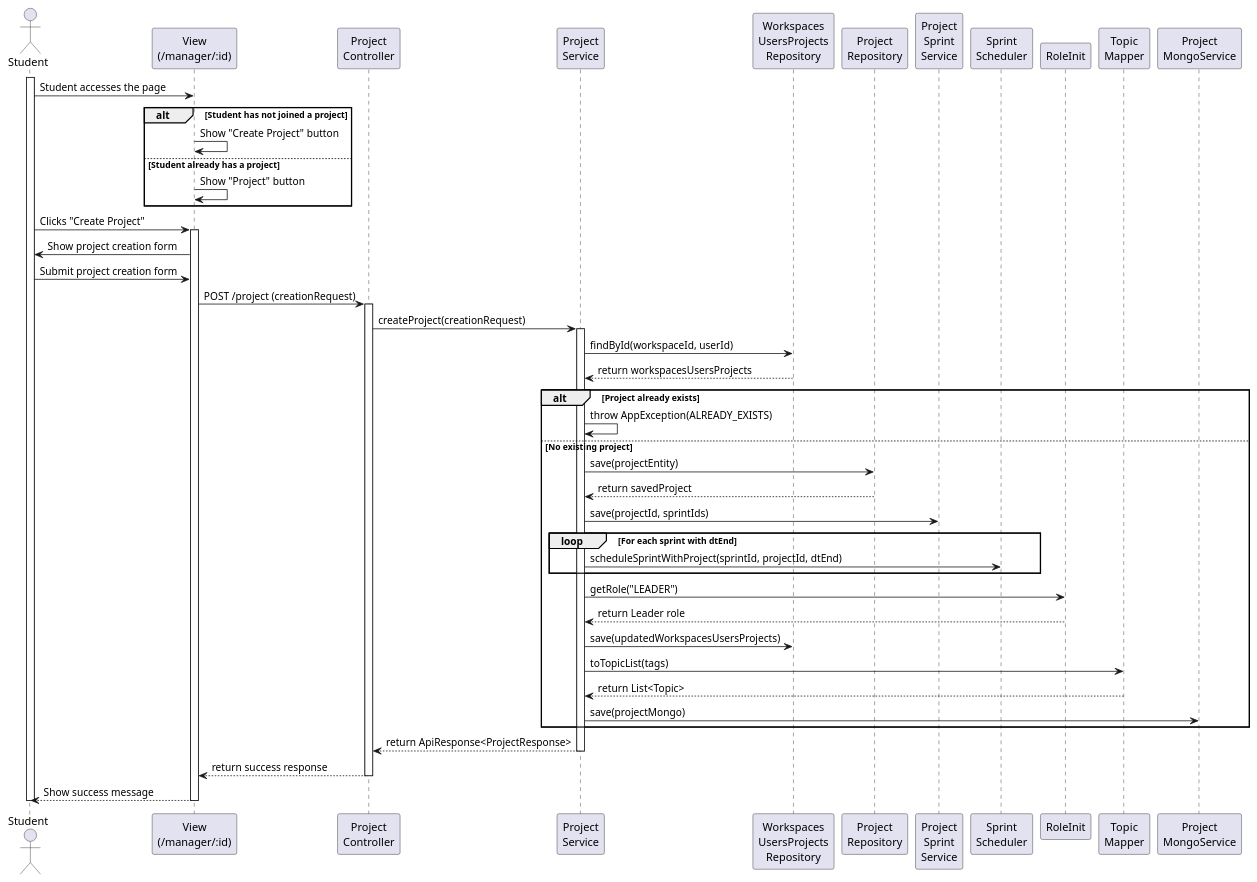
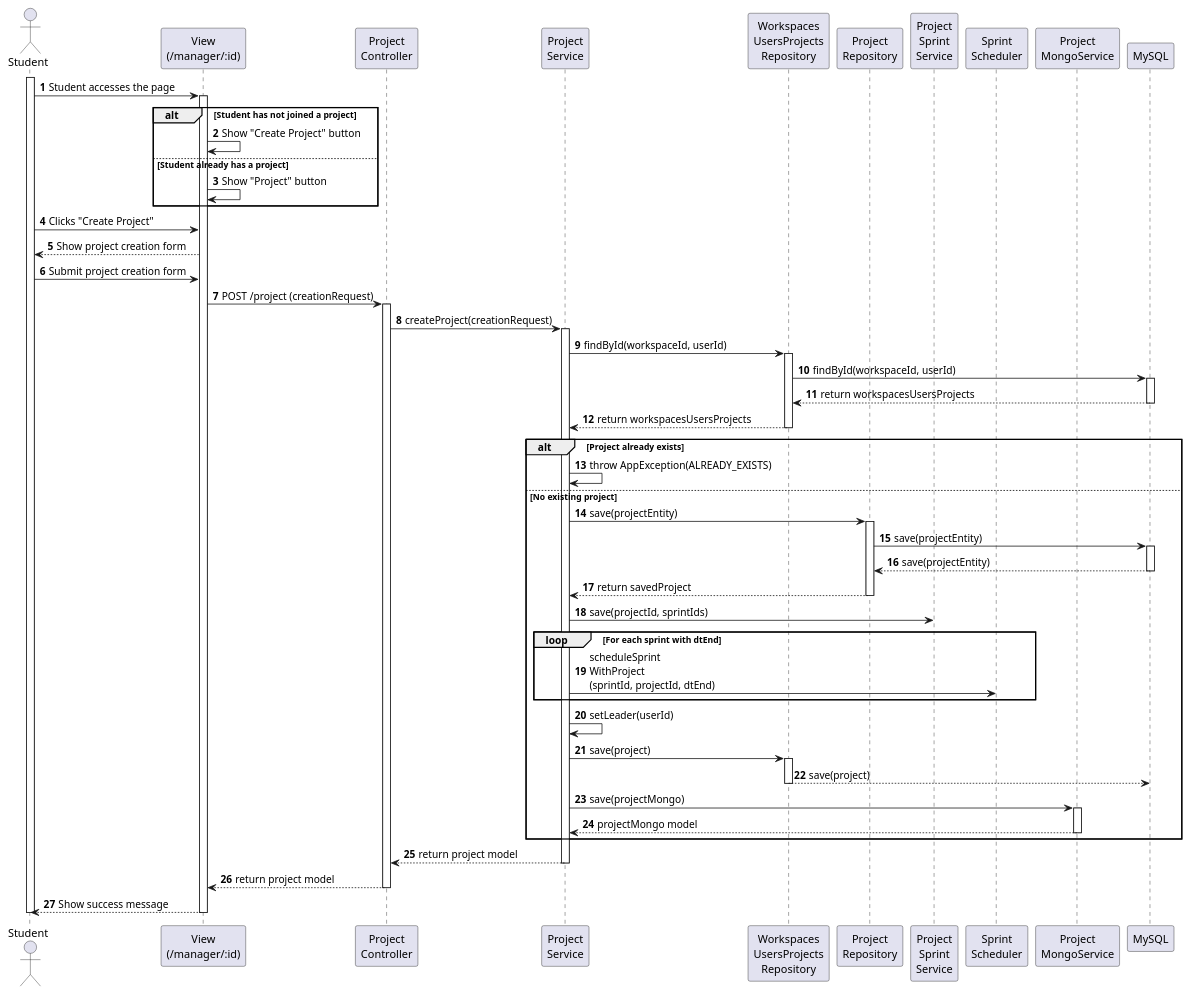
One commit to tandang2003/KLTN-Agile-Scrum-Tuan-Duc changed the diagram in swagger/sequence/student/project_create.puml. Above: the diagram before and after it, drawn with PlantUML. The commit also changed 45 other files, not shown here.

Commit message:
feat: update sequence

```diff
--- a/swagger/sequence/student/project_create.puml
+++ b/swagger/sequence/student/project_create.puml
@@ -1,71 +1,83 @@
 @startuml
-
+autonumber
 actor "Student" as SV
 participant "View\n(/manager/:id)" as View
 participant "Project\nController" as Controller
 participant "Project\nService" as Service
 participant "Workspaces\nUsersProjects\nRepository" as WUPRepo
 participant "Project\nRepository" as ProjectRepo
 participant "Project\nSprint\nService" as SprintService
 participant "Sprint\nScheduler" as Scheduler
-participant "RoleInit" as RoleInit
-participant "Topic\nMapper" as TopicMapper
 participant "Project\nMongoService" as MongoService
+participant "MySQL" as MySQL
 
 activate SV
 SV -> View : Student accesses the page
 
+activate View
     alt Student has not joined a project
         View -> View : Show "Create Project" button
     else Student already has a project
         View -> View : Show "Project" button
     end
 
 SV -> View : Clicks "Create Project"
 
-activate View
-View -> SV : Show project creation form
+View --> SV : Show project creation form
 SV -> View : Submit project creation form
 View -> Controller : POST /project (creationRequest)
 
 activate Controller
 Controller -> Service : createProject(creationRequest)
 activate Service
 
-
     Service -> WUPRepo : findById(workspaceId, userId)
+    activate WUPRepo
+    WUPRepo ->  MySQL : findById(workspaceId, userId)
+    activate MySQL
+    MySQL --> WUPRepo : return workspacesUsersProjects
+    deactivate MySQL
     WUPRepo --> Service : return workspacesUsersProjects
+    deactivate WUPRepo
 
     alt Project already exists
         Service -> Service : throw AppException(ALREADY_EXISTS)
     else No existing project
 
         Service -> ProjectRepo : save(projectEntity)
+        activate ProjectRepo
+        ProjectRepo -> MySQL : save(projectEntity)
+        activate MySQL
+        MySQL --> ProjectRepo:  save(projectEntity)
+        deactivate MySQL
         ProjectRepo --> Service : return savedProject
+        deactivate ProjectRepo
 
         Service -> SprintService : save(projectId, sprintIds)
         loop For each sprint with dtEnd
-            Service -> Scheduler : scheduleSprintWithProject(sprintId, projectId, dtEnd)
+            Service -> Scheduler : scheduleSprint\nWithProject\n(sprintId, projectId, dtEnd)
+
         end
 
-        Service -> RoleInit : getRole("LEADER")
-        RoleInit --> Service : return Leader role
-        Service -> WUPRepo : save(updatedWorkspacesUsersProjects)
-
-        Service -> TopicMapper : toTopicList(tags)
-        TopicMapper --> Service : return List<Topic>
+        Service -> Service: setLeader(userId)
+        Service -> WUPRepo : save(project)
+        activate WUPRepo
+        WUPRepo --> MySQL : save(project)
+        deactivate WUPRepo
 
         Service -> MongoService : save(projectMongo)
-
+        activate MongoService
+        MongoService --> Service : projectMongo model
+        deactivate MongoService
     end
 
-Service --> Controller : return ApiResponse<ProjectResponse>
+Service --> Controller : return project model
 deactivate Service
-Controller --> View : return success response
+Controller --> View : return project model
 deactivate Controller
 
 View --> SV : Show success message
 deactivate View
 deactivate SV
 
 @enduml
```
